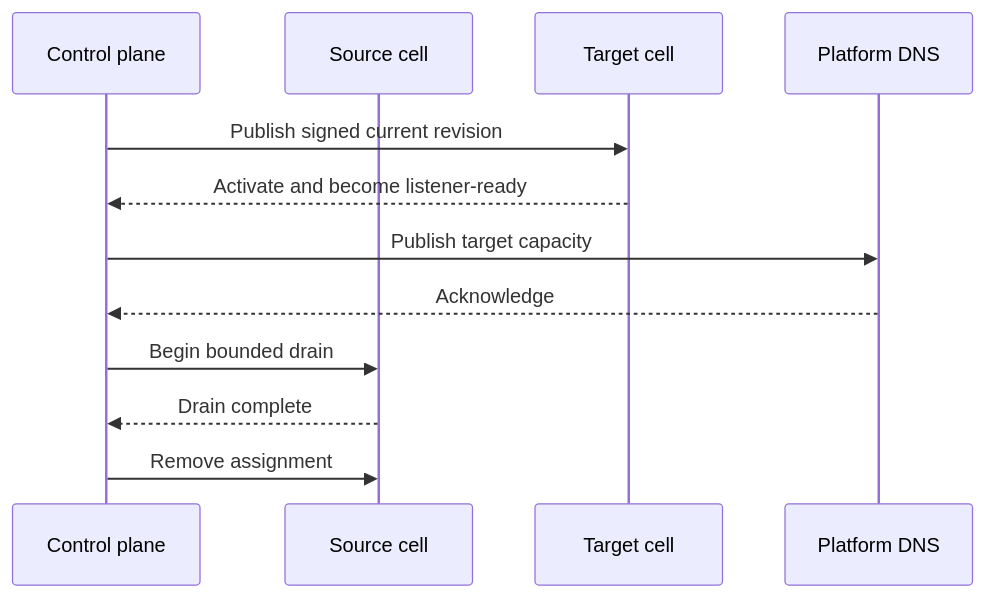
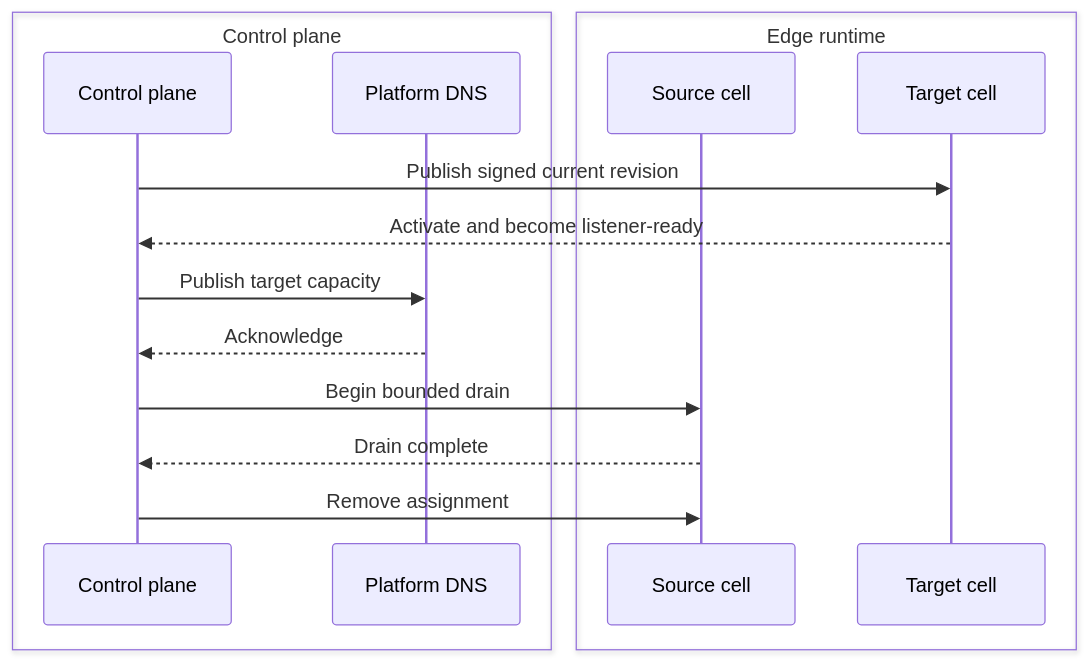
The diagram in docs/guides/edges.md (vaheed/CDNFoundry), drawn with Mermaid before and after one commit. The commit also changed 24 other files, not shown here.

````diff
--- a/docs/guides/edges.md
+++ b/docs/guides/edges.md
@@ -17,14 +17,18 @@
 ```mermaid
 sequenceDiagram
-    participant CP as Control plane
-    participant Source as Source cell
-    participant Target as Target cell
-    participant DNS as Platform DNS
+    box Control plane
+      participant CP as Control plane
+      participant DNS as Platform DNS
+    end
+    box Edge runtime
+      participant Source as Source cell
+      participant Target as Target cell
+    end
     CP->>Target: Publish signed current revision
     Target-->>CP: Activate and become listener-ready
     CP->>DNS: Publish target capacity
     DNS-->>CP: Acknowledge
     CP->>Source: Begin bounded drain
     Source-->>CP: Drain complete
     CP->>Source: Remove assignment
 ```
````
